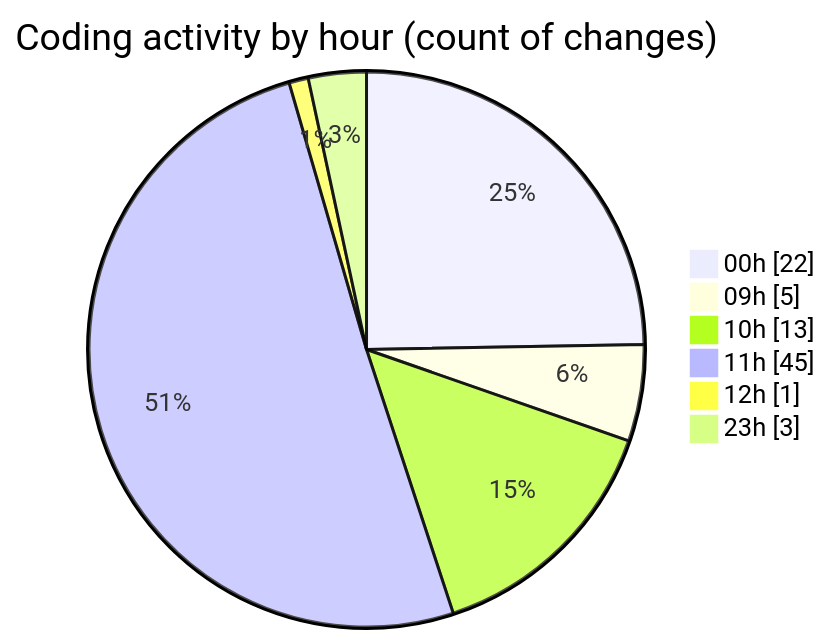
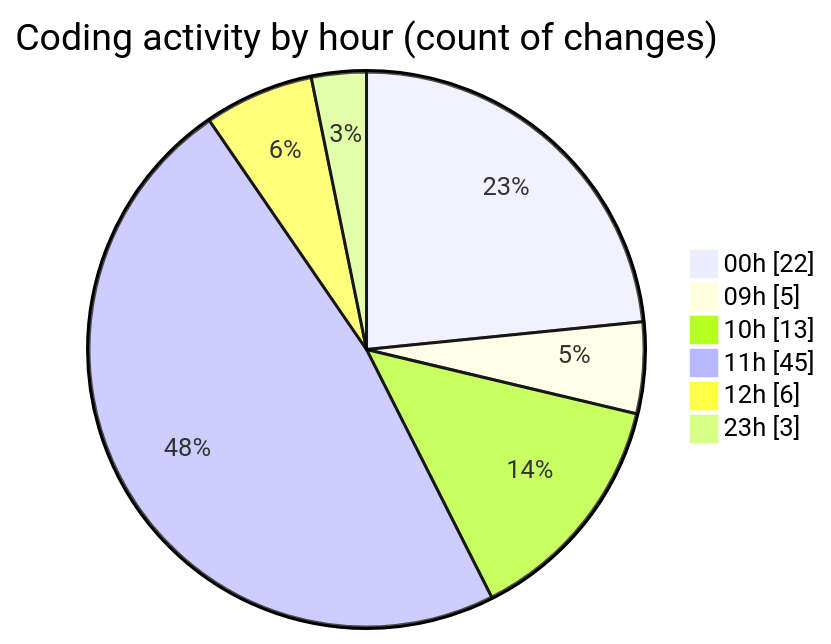
The second of 2 diagrams in 2026-04-10/cda/README.md (momahboobian/code-tracking), drawn with Mermaid before and after one commit. The commit also changed other lines of this file and 1 other file, not shown here.

````diff
--- a/2026-04-10/cda/README.md
+++ b/2026-04-10/cda/README.md
@@ -31,10 +31,10 @@
 ```mermaid
 pie showData
 title Coding activity by hour (count of changes)
 "00h" : 22
 "09h" : 5
 "10h" : 13
 "11h" : 45
-"12h" : 1
+"12h" : 6
 "23h" : 3
 ```
````
